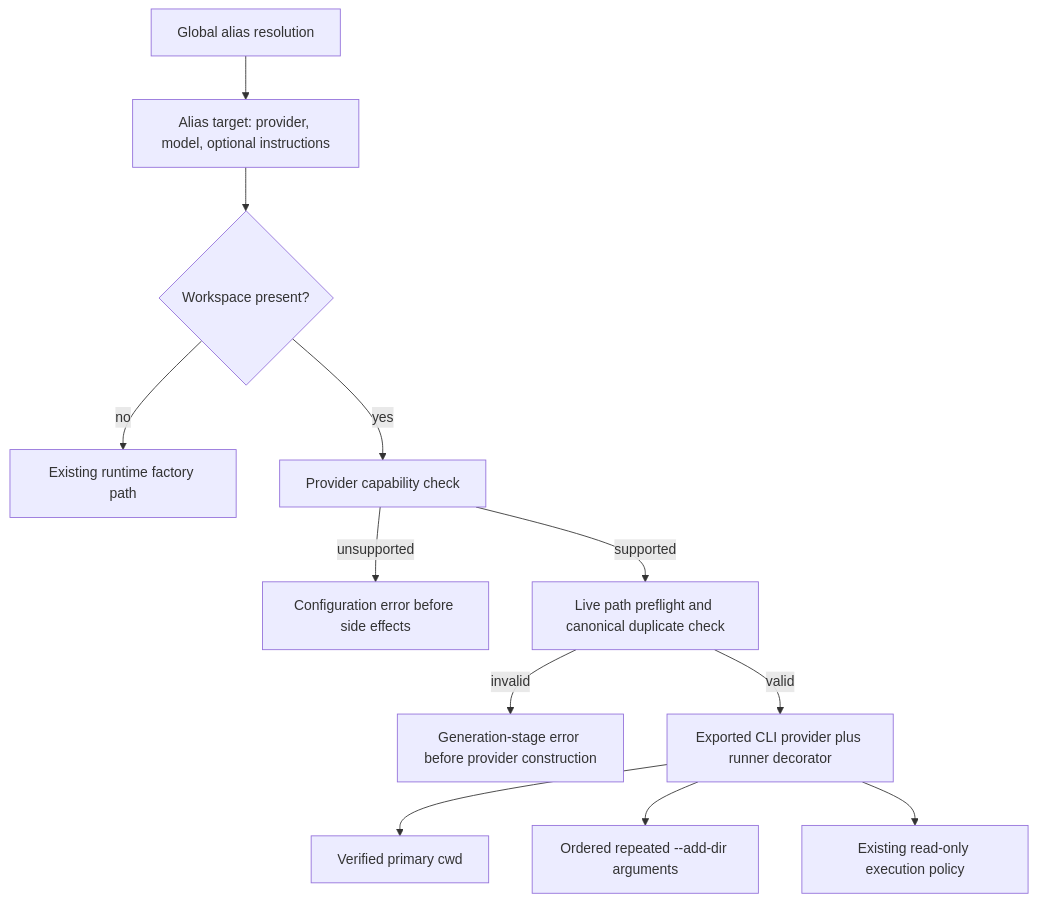
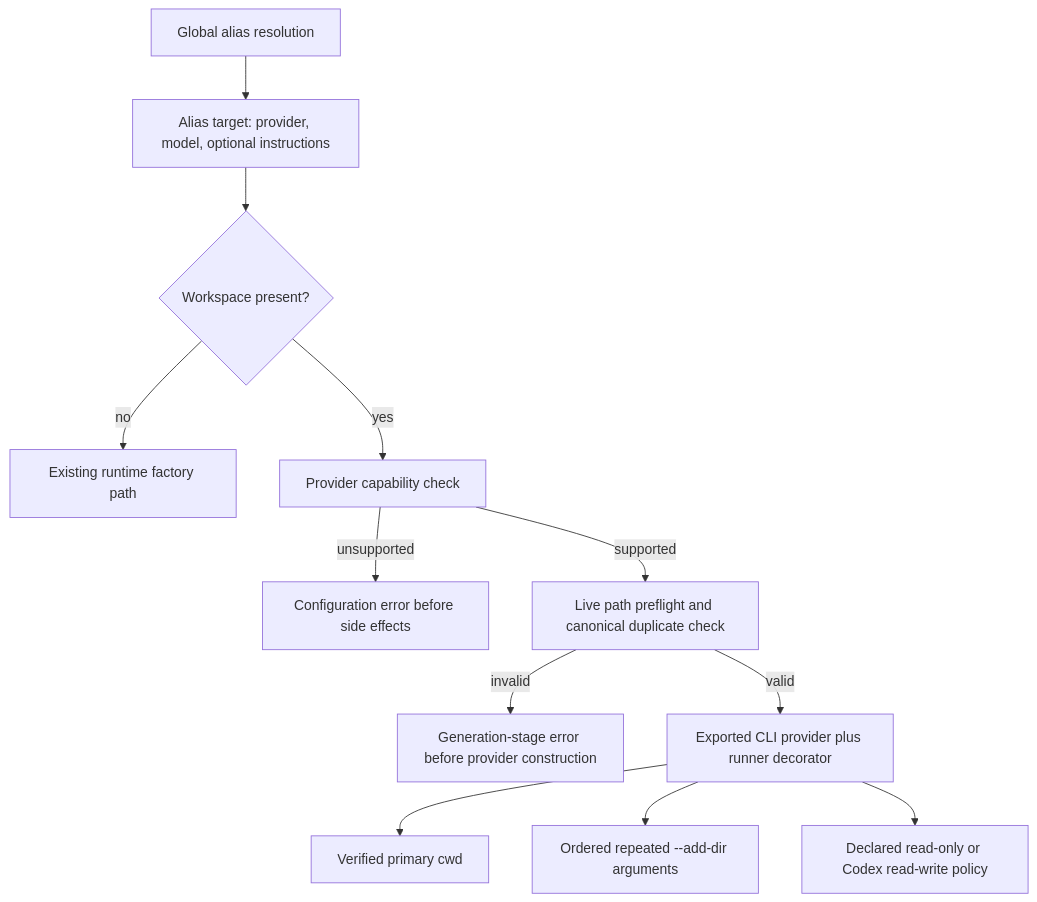
Before and after one commit to swartzrock/llm-now: the diagram in docs/plans/2026-08-11-001-feat-multi-directory-workspace-plan.md, drawn with Mermaid. The commit also changed other lines of this file and 24 other files, not shown here.

````diff
--- a/docs/plans/2026-08-11-001-feat-multi-directory-workspace-plan.md
+++ b/docs/plans/2026-08-11-001-feat-multi-directory-workspace-plan.md
@@ -162,14 +163,14 @@
 ```mermaid
 flowchart TB
   A["Global alias resolution"] --> B["Alias target: provider, model, optional instructions"]
   B --> C{"Workspace present?"}
   C -->|no| D["Existing runtime factory path"]
   C -->|yes| E["Provider capability check"]
   E -->|unsupported| F["Configuration error before side effects"]
   E -->|supported| G["Live path preflight and canonical duplicate check"]
   G -->|invalid| H["Generation-stage error before provider construction"]
   G -->|valid| I["Exported CLI provider plus runner decorator"]
   I --> J["Verified primary cwd"]
   I --> K["Ordered repeated --add-dir arguments"]
-  I --> L["Existing read-only execution policy"]
+  I --> L["Declared read-only or Codex read-write policy"]
 ```
````
